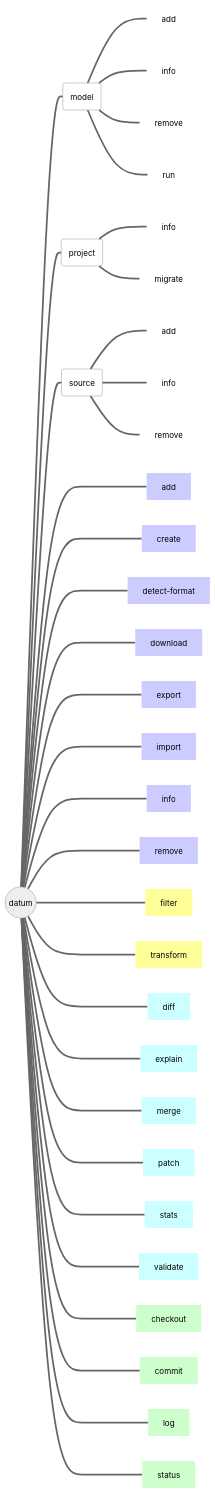
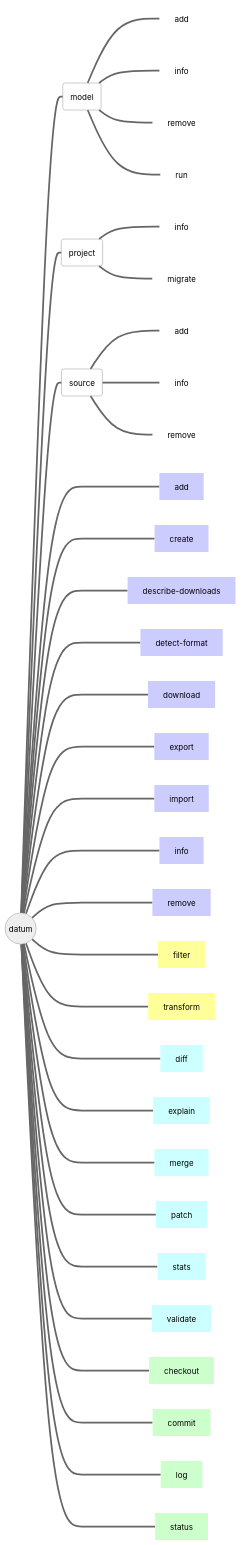
One commit to openvinotoolkit/datumaro changed the diagram in site/content/en/docs/user-manual/command-reference/_index.md. Above: the diagram before and after it, drawn with Mermaid. The commit also changed 4 other files, not shown here.

Commit message:
describe-downloads: Add documentation

````diff
--- a/site/content/en/docs/user-manual/command-reference/_index.md
+++ b/site/content/en/docs/user-manual/command-reference/_index.md
@@ -10,48 +10,49 @@
 ```mermaid
 %%{init { 'theme':'neutral' }}%%
 flowchart LR
   d(("#0009; datum #0009;")):::mainclass
   m(model):::nofillclass
   p(project):::nofillclass
   s(source):::nofillclass
 
   d===m
     m===m_add[add]:::hideclass
     m===m_info[info]:::hideclass
     m===m_remove[remove]:::hideclass
     m===m_run[run]:::hideclass
   d===p
     p===p_info[info]:::hideclass
     p===p_migrate[migrate]:::hideclass
   d===s
     s===s_add[add]:::hideclass
     s===s_info[info]:::hideclass
     s===s_remove[remove]:::hideclass
   d====_add[add]:::filloneclass
   d====_create[create]:::filloneclass
+  d====_describe_downloads[describe-downloads]:::filloneclass
   d====_detect_format[detect-format]:::filloneclass
   d====_download[download]:::filloneclass
   d====_export[export]:::filloneclass
   d====_import[import]:::filloneclass
   d====_info[info]:::filloneclass
   d====_remove[remove]:::filloneclass
   d====_filter[filter]:::filltwoclass
   d====_transform[transform]:::filltwoclass
   d====_diff[diff]:::fillthreeclass
   d====_explain[explain]:::fillthreeclass
   d====_merge[merge]:::fillthreeclass
   d====_patch[patch]:::fillthreeclass
   d====_stats[stats]:::fillthreeclass
   d====_validate[validate]:::fillthreeclass
   d====_checkout[checkout]:::fillfourclass
   d====_commit[commit]:::fillfourclass
   d====_log[log]:::fillfourclass
   d====_status[status]:::fillfourclass
 
   classDef nofillclass fill-opacity:0;
   classDef hideclass fill-opacity:0,stroke-opacity:0;
   classDef filloneclass fill:#CCCCFF,stroke-opacity:0;
   classDef filltwoclass fill:#FFFF99,stroke-opacity:0;
   classDef fillthreeclass fill:#CCFFFF,stroke-opacity:0;
   classDef fillfourclass fill:#CCFFCC,stroke-opacity:0;
 ```
````
